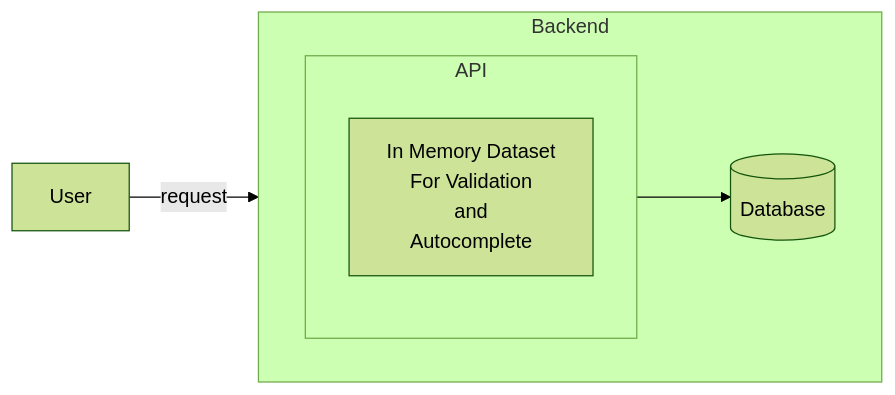
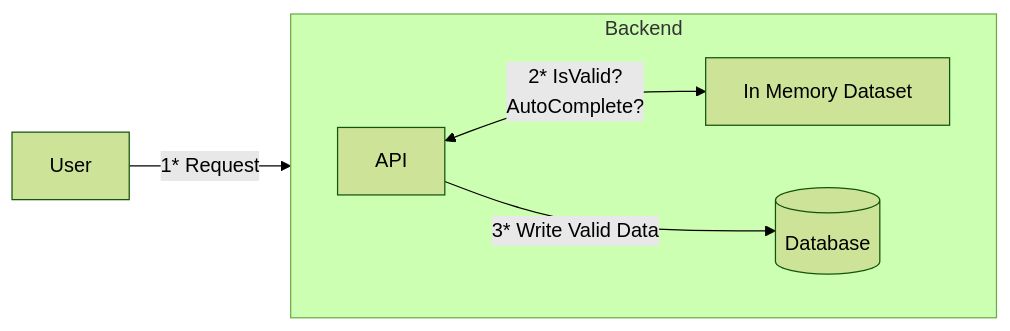
One commit to marcadamsge/gofuzzy changed the diagram in README.md. Above: the diagram before and after it, drawn with Mermaid (forest theme). The commit also changed other lines of this file and 1 other file, not shown here.

````diff
--- a/README.md
+++ b/README.md
@@ -9,12 +61,9 @@
 ```mermaid
 flowchart LR
-  A[User] -- request--> API
+  A[User] -- 1* Request--> API
   subgraph Backend
     direction LR
-    subgraph API
-        direction TB
-        ds[In Memory Dataset\nFor Validation\nand\nAutocomplete]
-    end
-    API --> id1[(Database)]
+    API <-- 2* IsValid?\nAutoComplete? --> ds[In Memory Dataset]
+    API -- 3* Write Valid Data--> id1[(Database)]
   end
 ```
````
